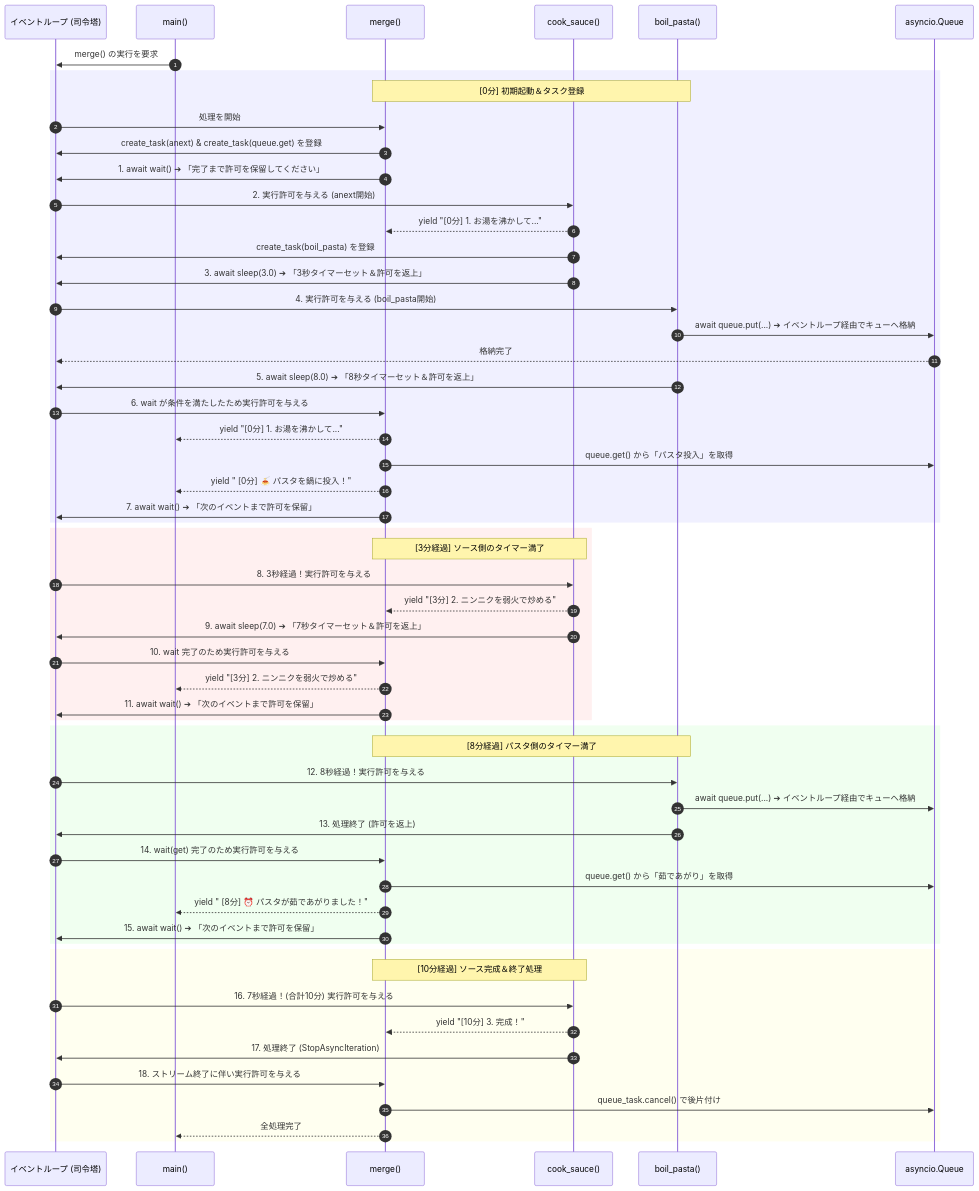
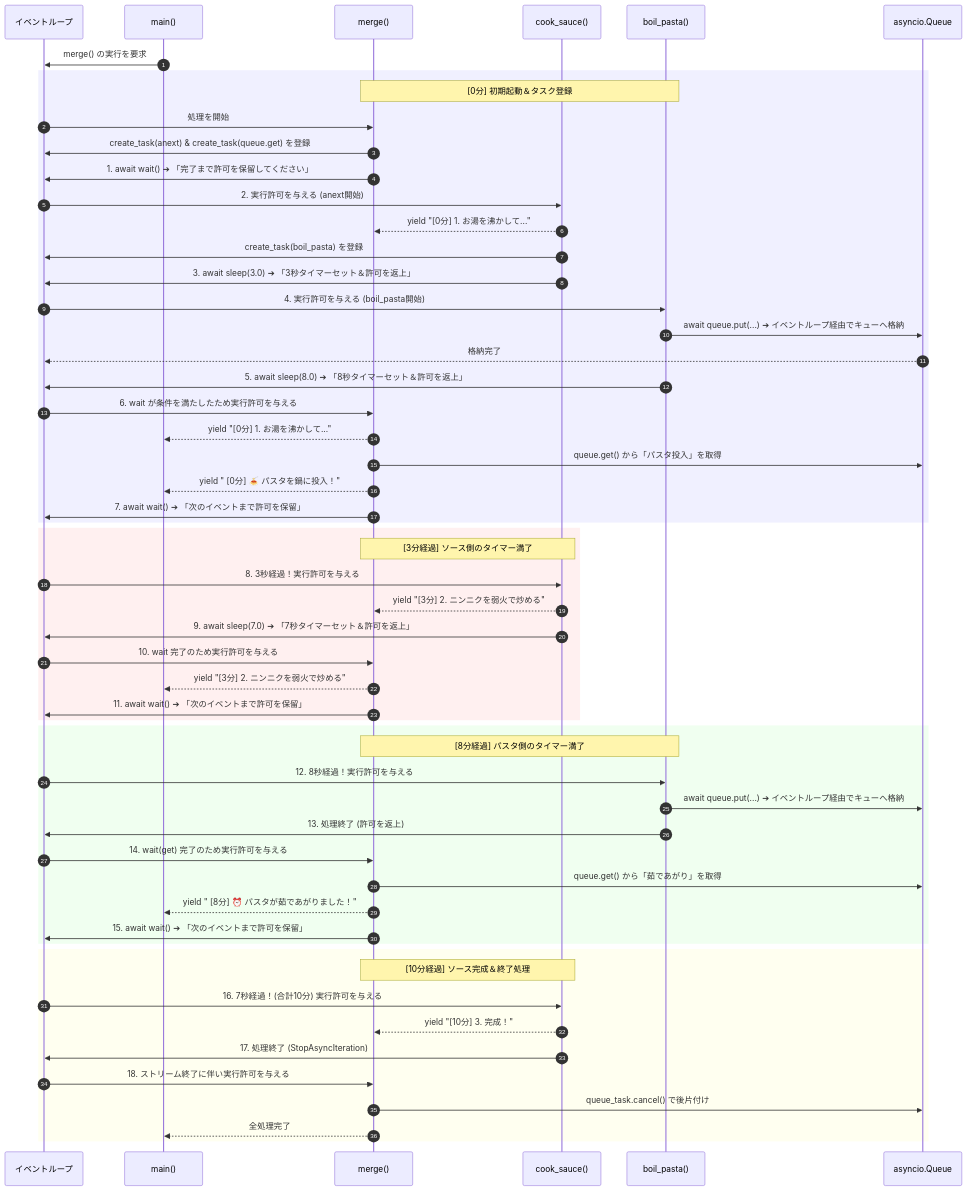
Before and after one commit to developer-onizuka/asyncio: the diagram in README.md, drawn with Mermaid.

````diff
--- a/README.md
+++ b/README.md
@@ -1,69 +1,69 @@
 ```mermaid
 sequenceDiagram
     autonumber
-    participant EvLoop as イベントループ (司令塔)
+    participant EvLoop as イベントループ
     participant Main as main()
     participant Merge as merge()
     participant Sauce as cook_sauce()
     participant Pasta as boil_pasta()
     participant Queue as asyncio.Queue
 
     Main->>EvLoop: merge() の実行を要求
     
     rect rgb(240, 240, 255)
     note over Merge, Pasta: [0分] 初期起動＆タスク登録
     EvLoop->>Merge: 処理を開始
     Merge->>EvLoop: create_task(anext) & create_task(queue.get) を登録
     Merge->>EvLoop: 1. await wait() ➔ 「完了まで許可を保留してください」
     
     EvLoop->>Sauce: 2. 実行許可を与える (anext開始)
     Sauce-->>Merge: yield "[0分] 1. お湯を沸かして..."
     Sauce->>EvLoop: create_task(boil_pasta) を登録
     Sauce->>EvLoop: 3. await sleep(3.0) ➔ 「3秒タイマーセット＆許可を返上」
     
     EvLoop->>Pasta: 4. 実行許可を与える (boil_pasta開始)
     Pasta->>Queue: await queue.put(...) ➔ イベントループ経由でキューへ格納
     Queue-->>EvLoop: 格納完了
     Pasta->>EvLoop: 5. await sleep(8.0) ➔ 「8秒タイマーセット＆許可を返上」
     
     EvLoop->>Merge: 6. wait が条件を満たしたため実行許可を与える
     Merge-->>Main: yield "[0分] 1. お湯を沸かして..."
     Merge->>Queue: queue.get() から「パスタ投入」を取得
     Merge-->>Main: yield "  [0分] 🍝 パスタを鍋に投入！"
     Merge->>EvLoop: 7. await wait() ➔ 「次のイベントまで許可を保留」
     end
 
     rect rgb(255, 240, 240)
     note over Sauce, Merge: [3分経過] ソース側のタイマー満了
     EvLoop->>Sauce: 8. 3秒経過！実行許可を与える
     Sauce-->>Merge: yield "[3分] 2. ニンニクを弱火で炒める"
     Sauce->>EvLoop: 9. await sleep(7.0) ➔ 「7秒タイマーセット＆許可を返上」
     
     EvLoop->>Merge: 10. wait 完了のため実行許可を与える
     Merge-->>Main: yield "[3分] 2. ニンニクを弱火で炒める"
     Merge->>EvLoop: 11. await wait() ➔ 「次のイベントまで許可を保留」
     end
 
     rect rgb(240, 255, 240)
     note over Pasta, Merge: [8分経過] パスタ側のタイマー満了
     EvLoop->>Pasta: 12. 8秒経過！実行許可を与える
     Pasta->>Queue: await queue.put(...) ➔ イベントループ経由でキューへ格納
     Pasta->>EvLoop: 13. 処理終了 (許可を返上)
     
     EvLoop->>Merge: 14. wait(get) 完了のため実行許可を与える
     Merge->>Queue: queue.get() から「茹であがり」を取得
     Merge-->>Main: yield "  [8分] ⏰ パスタが茹であがりました！"
     Merge->>EvLoop: 15. await wait() ➔ 「次のイベントまで許可を保留」
     end
 
     rect rgb(255, 255, 240)
     note over Sauce, Merge: [10分経過] ソース完成＆終了処理
     EvLoop->>Sauce: 16. 7秒経過！(合計10分) 実行許可を与える
     Sauce-->>Merge: yield "[10分] 3. 完成！"
     Sauce->>EvLoop: 17. 処理終了 (StopAsyncIteration)
     
     EvLoop->>Merge: 18. ストリーム終了に伴い実行許可を与える
     Merge->>Queue: queue_task.cancel() で後片付け
     Merge-->>Main: 全処理完了
     end
 ```
````
